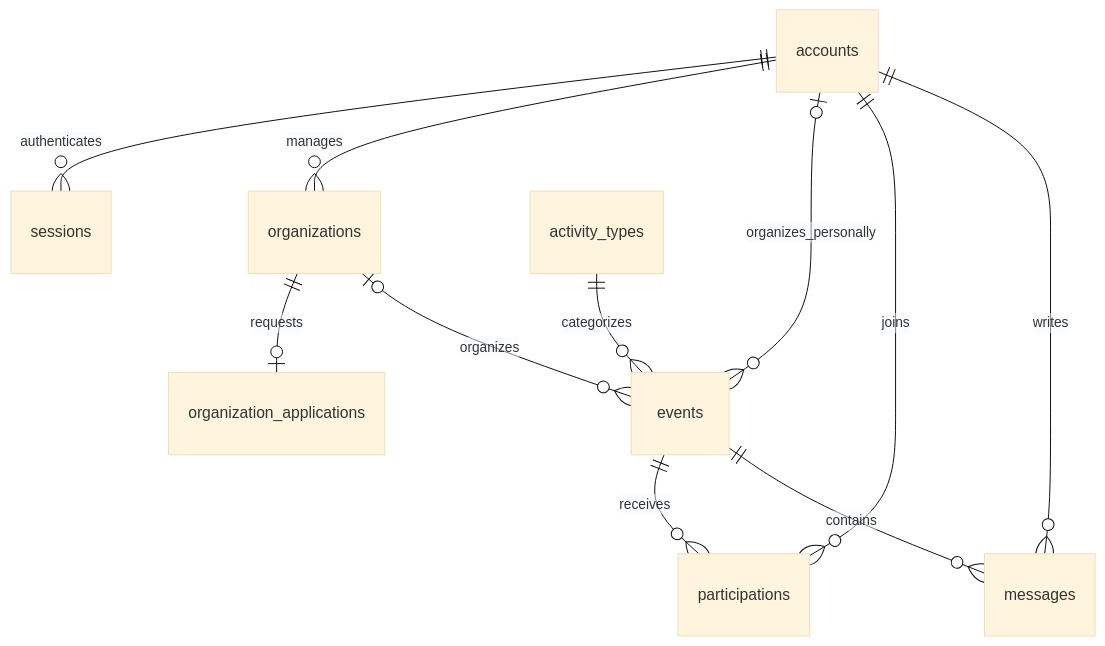
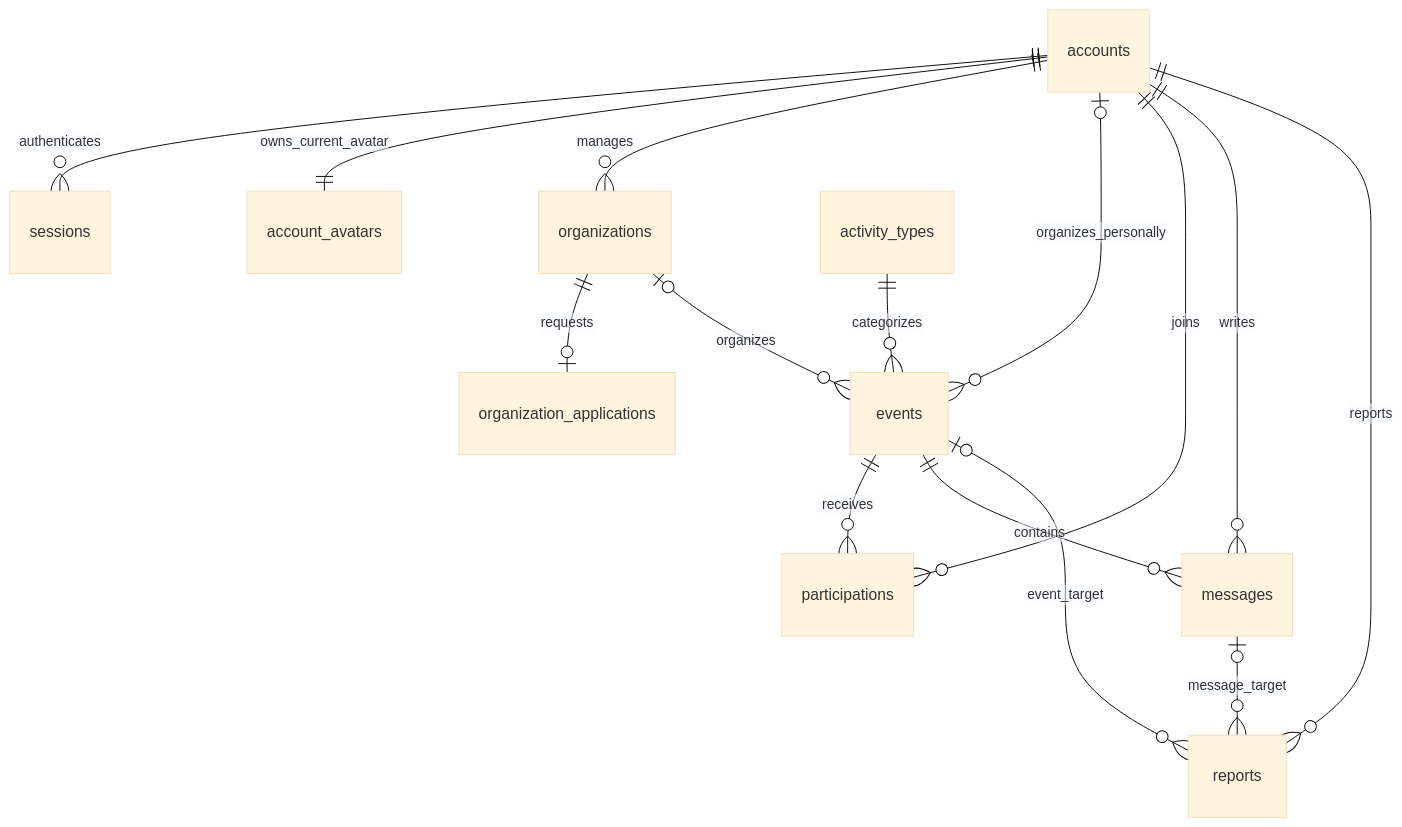
Before and after one commit to LeonovProject/ryadom: the diagram in docs/architecture/data-model.md, drawn with Mermaid (base theme). The commit also changed other lines of this file and 60 other files, not shown here.

````diff
--- a/docs/architecture/data-model.md
+++ b/docs/architecture/data-model.md
@@ -18,13 +23,17 @@
 ```mermaid
 erDiagram
     accounts ||--o{ sessions : authenticates
+    accounts ||--|| account_avatars : owns_current_avatar
     accounts ||--o{ organizations : manages
     organizations ||--o| organization_applications : requests
     accounts o|--o{ events : organizes_personally
     organizations o|--o{ events : organizes
     activity_types ||--o{ events : categorizes
     events ||--o{ participations : receives
     accounts ||--o{ participations : joins
     events ||--o{ messages : contains
     accounts ||--o{ messages : writes
+    accounts ||--o{ reports : reports
+    events o|--o{ reports : event_target
+    messages o|--o{ reports : message_target
 ```
````
